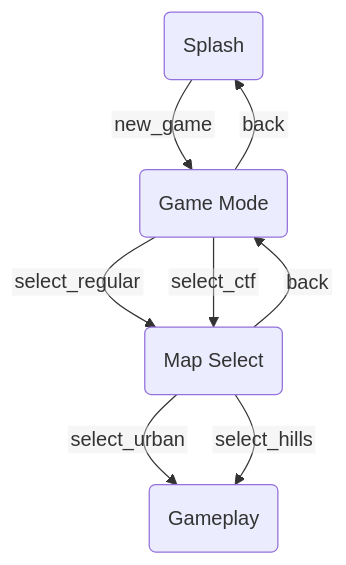
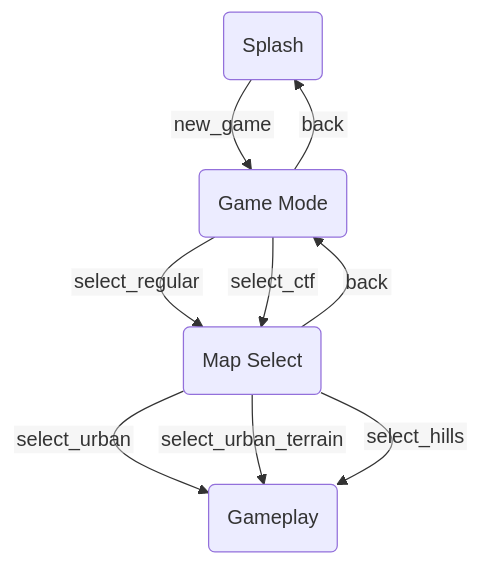
Before and after one commit to TheDeepestSpace/tbgwaf: the diagram in flow/app_flow.mmd, drawn with Mermaid. The commit also changed 4 other files, not shown here.

First line of the commit message:
Map Select: Urban Terrain entry forcing the terrain levels on

```diff
--- a/flow/app_flow.mmd
+++ b/flow/app_flow.mmd
@@ -1,13 +1,14 @@
 %%{init: {"flowchart": {"htmlLabels": false}, "themeVariables": {"fontFamily": "Arial, sans-serif"}}}%%
 flowchart TD
     splash("  Splash  ")
     game_mode("  Game Mode  ")
     map_select("  Map Select  ")
     gameplay("  Gameplay  ")
     splash -->|new_game| game_mode
     game_mode -->|select_regular| map_select
     game_mode -->|select_ctf| map_select
     game_mode -->|back| splash
     map_select -->|select_urban| gameplay
+    map_select -->|select_urban_terrain| gameplay
     map_select -->|select_hills| gameplay
     map_select -->|back| game_mode
```
